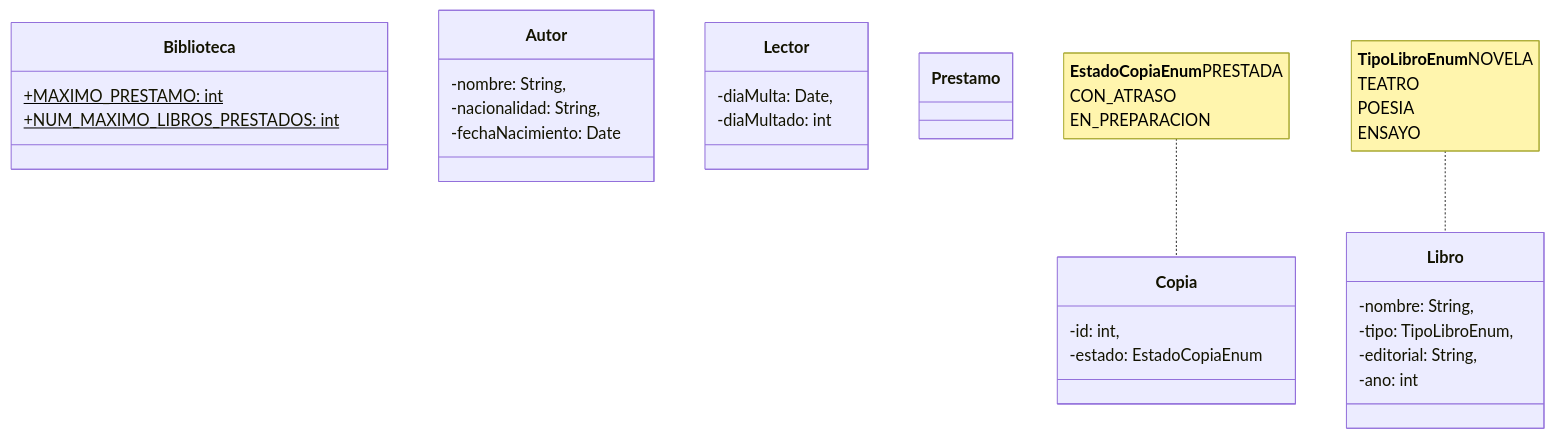
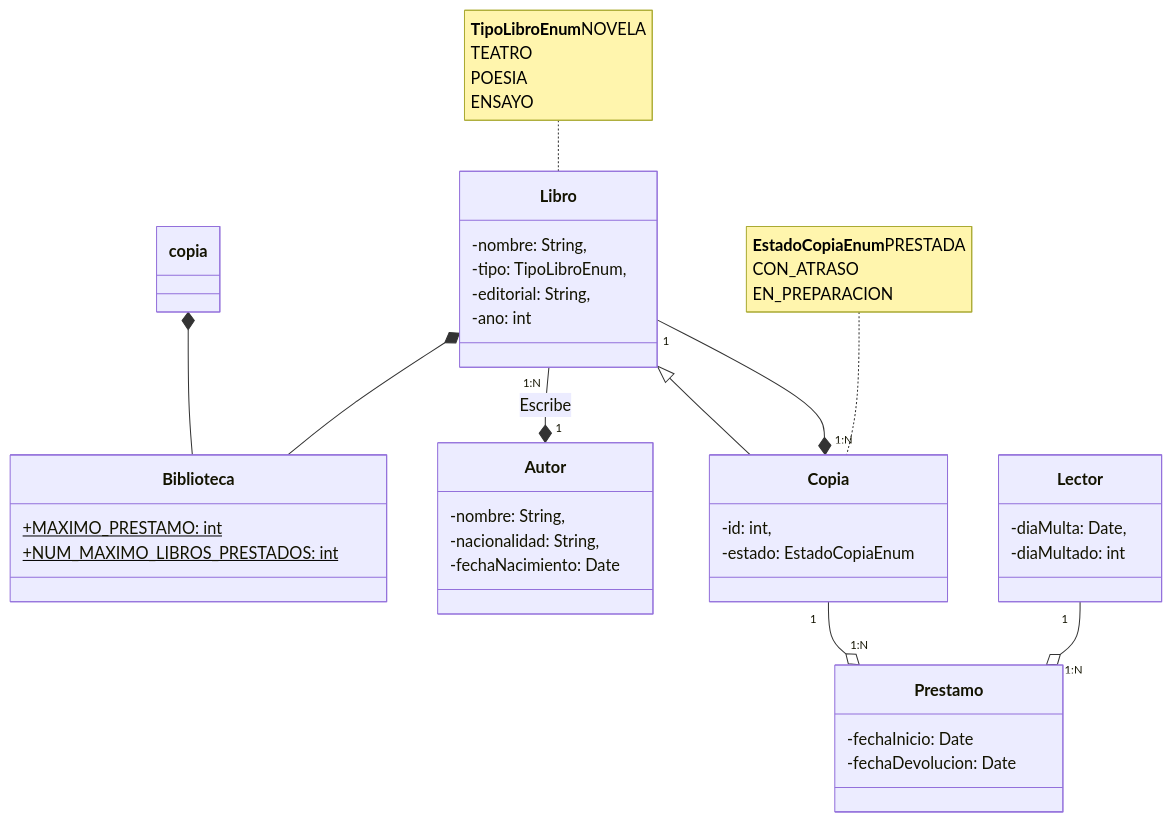
The diagram in ejercicios-aula/exercicio2.mmd (Diogo-Santoro/CD_Tema2_Ejercicios), drawn with Mermaid before and after one commit. The commit also changed 2 other files, not shown here.

Commit message:
Agregar atributos de fecha en la clase Prestamo y completar el diagrama de clases en ejercicio 2

```diff
--- a/ejercicios-aula/exercicio2.mmd
+++ b/ejercicios-aula/exercicio2.mmd
@@ -1,36 +1,45 @@
 classDiagram
 
     class Biblioteca {
         +MAXIMO_PRESTAMO: int$
         +NUM_MAXIMO_LIBROS_PRESTADOS: int$
     }
 
     class Libro{
         -nombre: String,
         -tipo: TipoLibroEnum,
         -editorial: String,
         -ano: int
     }
 
     class Autor{
         -nombre: String,
         -nacionalidad: String,
         -fechaNacimiento: Date
     }
 
     class Copia{
         -id: int,
         -estado: EstadoCopiaEnum
     }
 
     class Lector {
         -diaMulta: Date,
         -diaMultado: int
     }
 
     class Prestamo {
-
+        -fechaInicio: Date
+        -fechaDevolucion: Date
     }
 
     note for Copia "<strong>EstadoCopiaEnum</strong>PRESTADA<br>CON_ATRASO<br>EN_PREPARACION<br>"
     note for Libro "<strong>TipoLibroEnum</strong>NOVELA<br>TEATRO<br>POESIA<br>ENSAYO"
+
+    Libro "1:N" --* "1" Autor : Escribe
+    Copia --|> Libro
+    Libro "1" --* "1:N" Copia
+    Lector "1" --o "1:N" Prestamo
+    Copia "1" --o "1:N" Prestamo
+    Libro *-- Biblioteca
+    copia *-- Biblioteca
```
